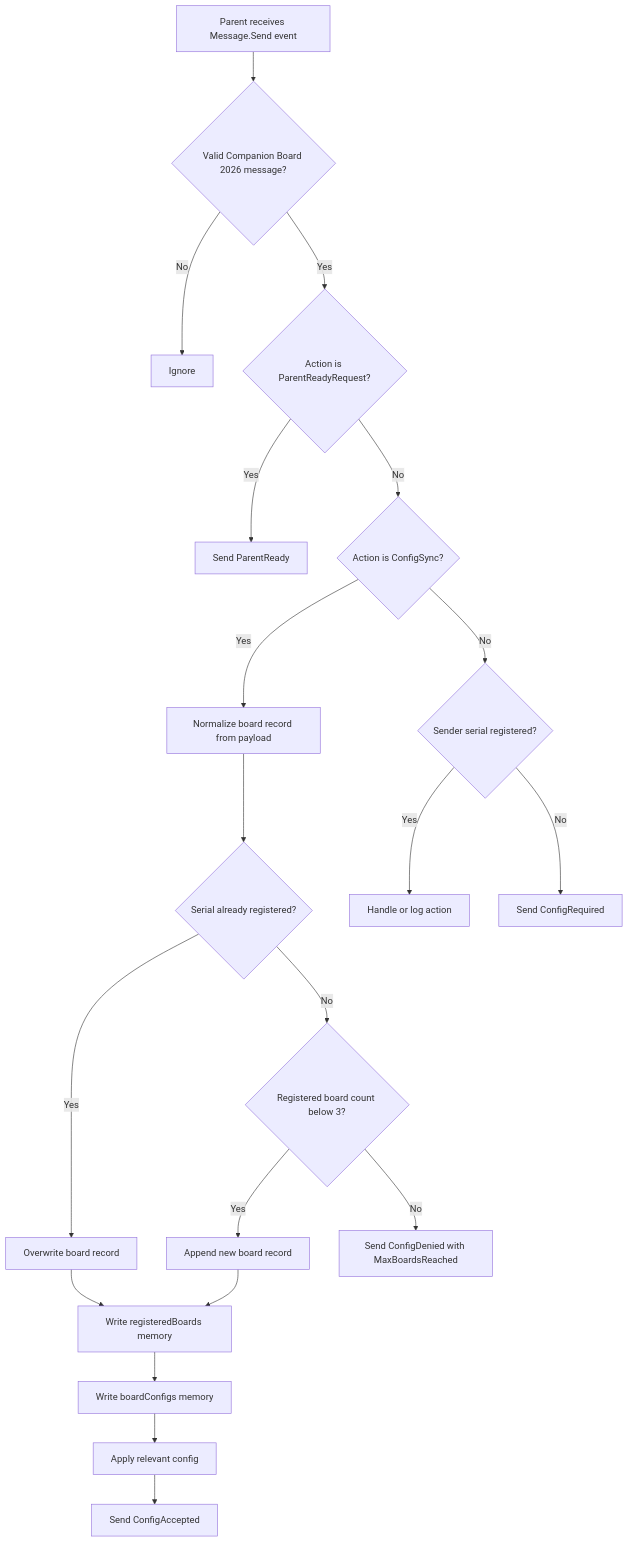
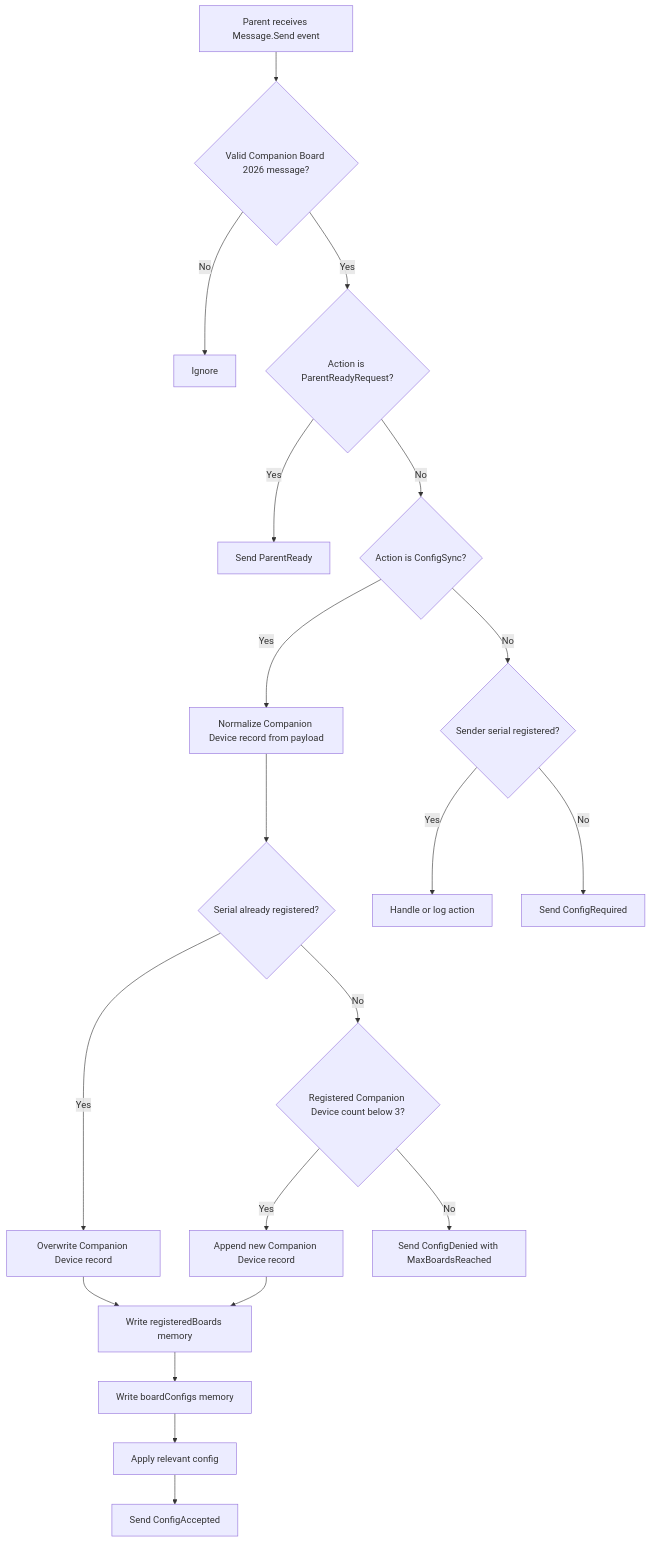
Before and after one commit to ctg-tme/Custom_Companion_2026: the fifth of 8 diagrams in README.md, drawn with Mermaid. The commit also changed other lines of this file and 42 other files, not shown here.

````diff
--- a/README.md
+++ b/README.md
@@ -206,22 +208,22 @@
 ```mermaid
 flowchart TD
 	A[Parent receives Message.Send event] --> B{Valid Companion Board 2026 message?}
 	B -- No --> C[Ignore]
 	B -- Yes --> D{Action is ParentReadyRequest?}
 	D -- Yes --> E[Send ParentReady]
 	D -- No --> F{Action is ConfigSync?}
-	F -- Yes --> G[Normalize board record from payload]
+	F -- Yes --> G[Normalize Companion Device record from payload]
 	G --> H{Serial already registered?}
-	H -- Yes --> I[Overwrite board record]
-	H -- No --> J{Registered board count below 3?}
-	J -- Yes --> K[Append new board record]
+	H -- Yes --> I[Overwrite Companion Device record]
+	H -- No --> J{Registered Companion Device count below 3?}
+	J -- Yes --> K[Append new Companion Device record]
 	J -- No --> L[Send ConfigDenied with MaxBoardsReached]
 	I --> M[Write registeredBoards memory]
 	K --> M
 	M --> N[Write boardConfigs memory]
 	N --> O[Apply relevant config]
 	O --> P[Send ConfigAccepted]
 	F -- No --> Q{Sender serial registered?}
 	Q -- Yes --> R[Handle or log action]
 	Q -- No --> S[Send ConfigRequired]
 ```
````
